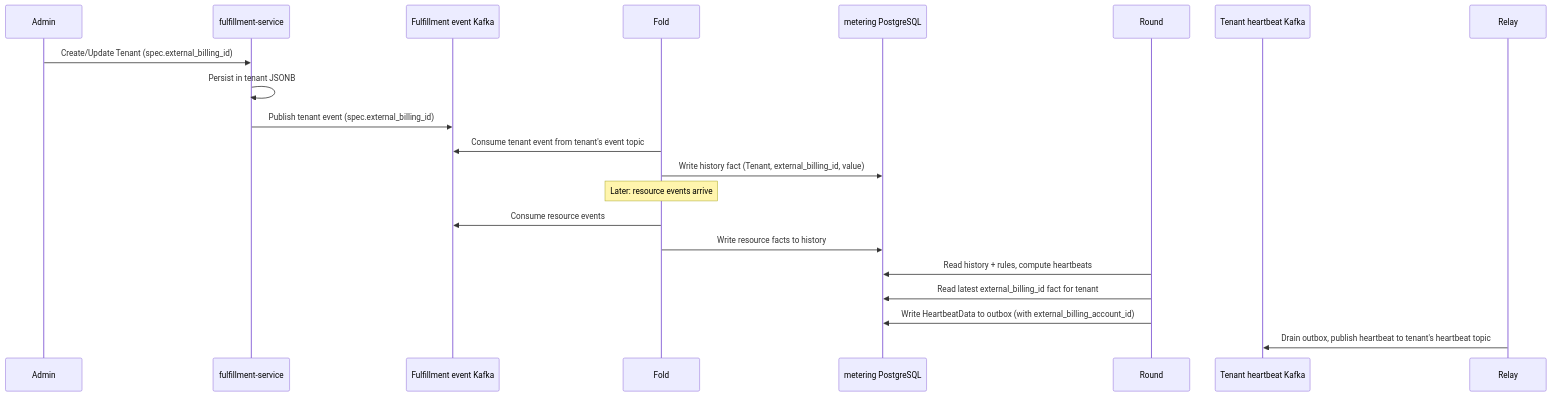
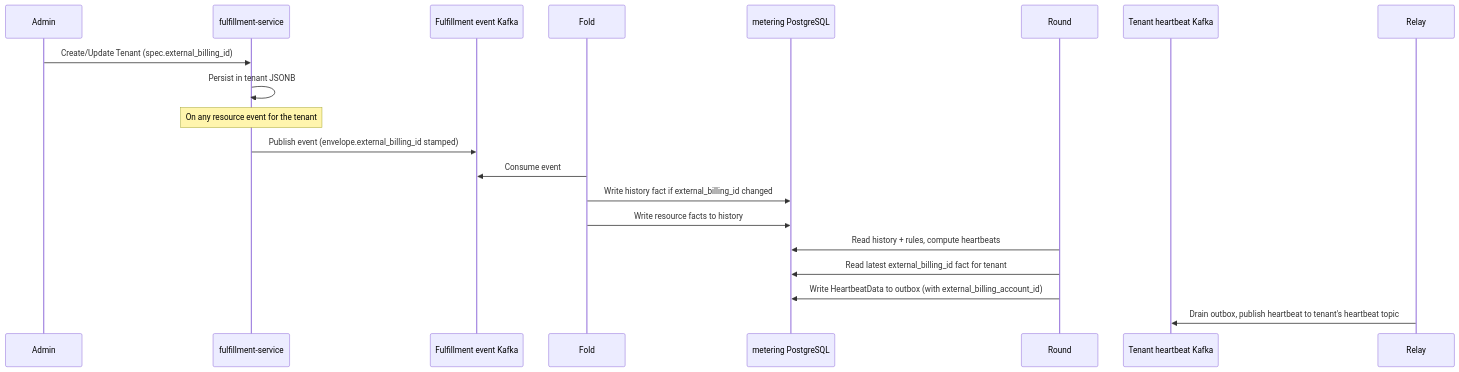
The diagram in enhancements/OSAC-6161-tenant-external-billing-id/design.md (orli-nagar/enhancement-proposals), drawn with Mermaid before and after one commit. The commit also changed other lines of this file, not shown here.

Commit message:
stamp the external billing id on every event envelope

````diff
--- a/enhancements/OSAC-6161-tenant-external-billing-id/design.md
+++ b/enhancements/OSAC-6161-tenant-external-billing-id/design.md
@@ -60,23 +60,22 @@
 ```mermaid
 sequenceDiagram
     participant Admin
     participant FS as fulfillment-service
     participant FK as Fulfillment event Kafka
     participant Fold
     participant MDB as metering PostgreSQL
     participant Round
     participant HK as Tenant heartbeat Kafka
 
     Admin->>FS: Create/Update Tenant (spec.external_billing_id)
     FS->>FS: Persist in tenant JSONB
-    FS->>FK: Publish tenant event (spec.external_billing_id)
-    Fold->>FK: Consume tenant event from tenant's event topic
-    Fold->>MDB: Write history fact (Tenant, external_billing_id, value)
-    Note over Fold: Later: resource events arrive
-    Fold->>FK: Consume resource events
+    Note over FS: On any resource event for the tenant
+    FS->>FK: Publish event (envelope.external_billing_id stamped)
+    Fold->>FK: Consume event
+    Fold->>MDB: Write history fact if external_billing_id changed
     Fold->>MDB: Write resource facts to history
     Round->>MDB: Read history + rules, compute heartbeats
     Round->>MDB: Read latest external_billing_id fact for tenant
     Round->>MDB: Write HeartbeatData to outbox (with external_billing_account_id)
     Relay->>HK: Drain outbox, publish heartbeat to tenant's heartbeat topic
 ```
````
